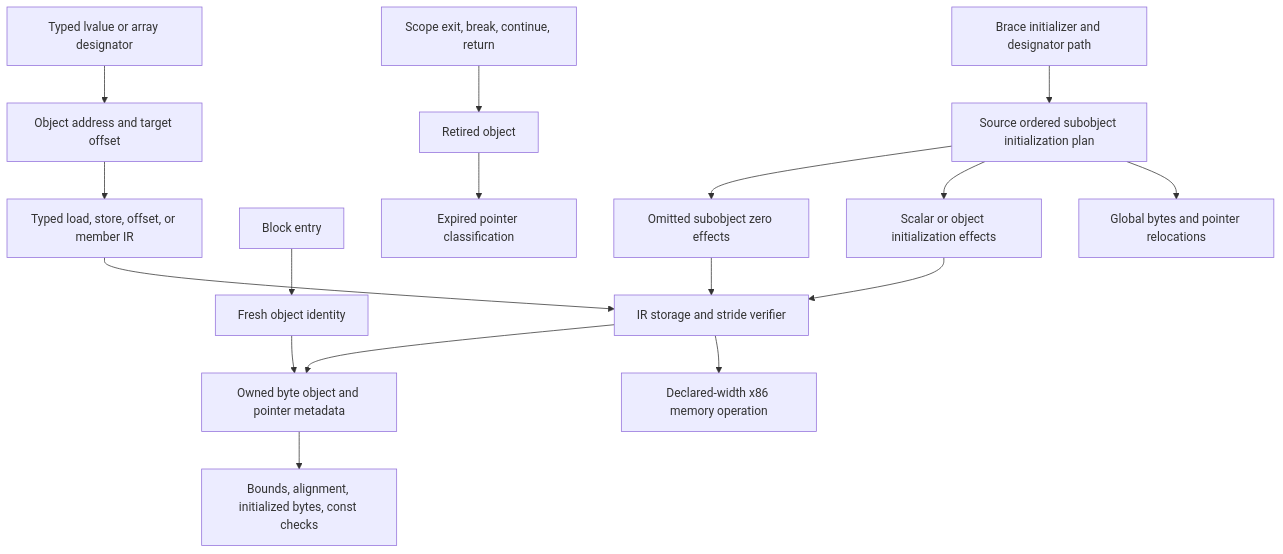
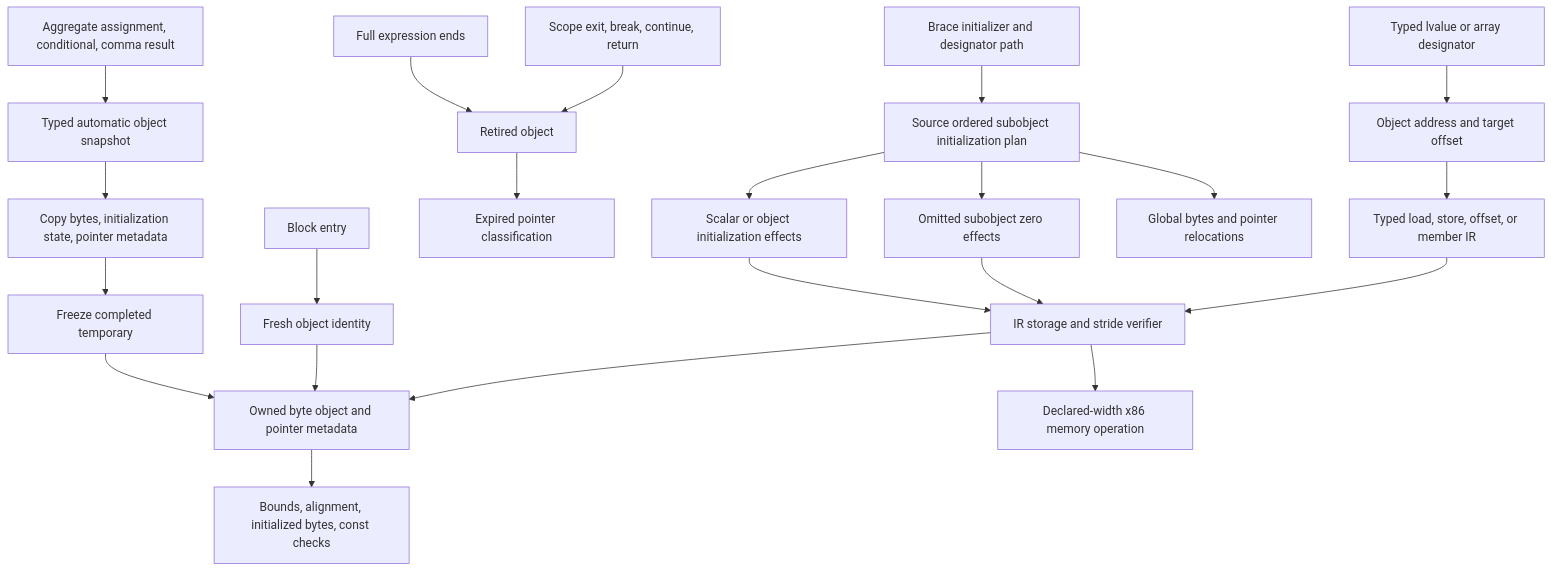
One commit to Aneesh495/cinder changed the diagram in docs/diagrams/object-memory.mmd. Above: the diagram before and after it, drawn with Mermaid. The commit also changed 66 other files, not shown here.

Commit message:
Lower aggregate expression results with explicit temporary lifetimes

```diff
--- a/docs/diagrams/object-memory.mmd
+++ b/docs/diagrams/object-memory.mmd
@@ -1,17 +1,22 @@
 flowchart TD
     AST[Typed lvalue or array designator] --> ADDR[Object address and target offset]
     ADDR --> IR[Typed load, store, offset, or member IR]
     IR --> CHECK[IR storage and stride verifier]
     CHECK --> VM[Owned byte object and pointer metadata]
     CHECK --> X86[Declared-width x86 memory operation]
     VM --> BOUNDS[Bounds, alignment, initialized bytes, const checks]
     ENTRY[Block entry] --> FRESH[Fresh object identity]
     FRESH --> VM
     EXIT[Scope exit, break, continue, return] --> DEAD[Retired object]
     DEAD --> LIFETIME[Expired pointer classification]
     LIST[Brace initializer and designator path] --> PLAN[Source ordered subobject initialization plan]
     PLAN --> ZERO[Omitted subobject zero effects]
     PLAN --> INIT[Scalar or object initialization effects]
     ZERO --> CHECK
     INIT --> CHECK
     PLAN --> STATIC[Global bytes and pointer relocations]
+    VALUE[Aggregate assignment, conditional, comma result] --> SNAPSHOT[Typed automatic object snapshot]
+    SNAPSHOT --> COPY[Copy bytes, initialization state, pointer metadata]
+    COPY --> FREEZE[Freeze completed temporary]
+    FREEZE --> VM
+    FULL[Full expression ends] --> DEAD
```
